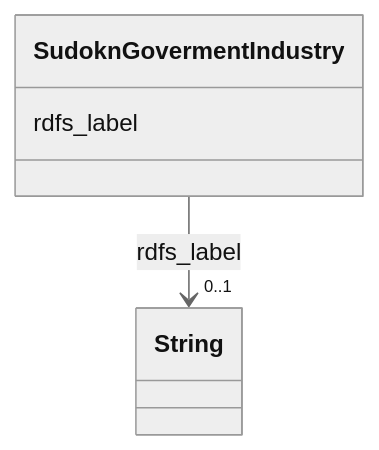
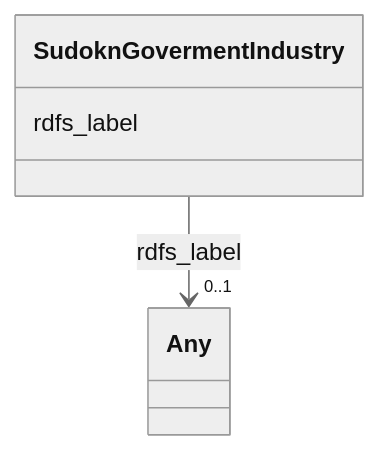
Before and after one commit to frink-okn/graph-descriptions: the diagram in sudokn-kg/classes/SudoknGovermentIndustry.md, drawn with Mermaid (neutral theme). The commit also changed other lines of this file and 903 other files, not shown here.

````diff
--- a/sudokn-kg/classes/SudoknGovermentIndustry.md
+++ b/sudokn-kg/classes/SudoknGovermentIndustry.md
@@ -23,15 +18,15 @@
 ```mermaid
  classDiagram
     class SudoknGovermentIndustry
     click SudoknGovermentIndustry href "../SudoknGovermentIndustry"
       SudoknGovermentIndustry : rdfs_label
         
           
     
     
-    SudoknGovermentIndustry --> "0..1" String : rdfs_label
-    click String href "../String"
+    SudoknGovermentIndustry --> "0..1" Any : rdfs_label
+    click Any href "../Any"
 
         
       
 ```
````
